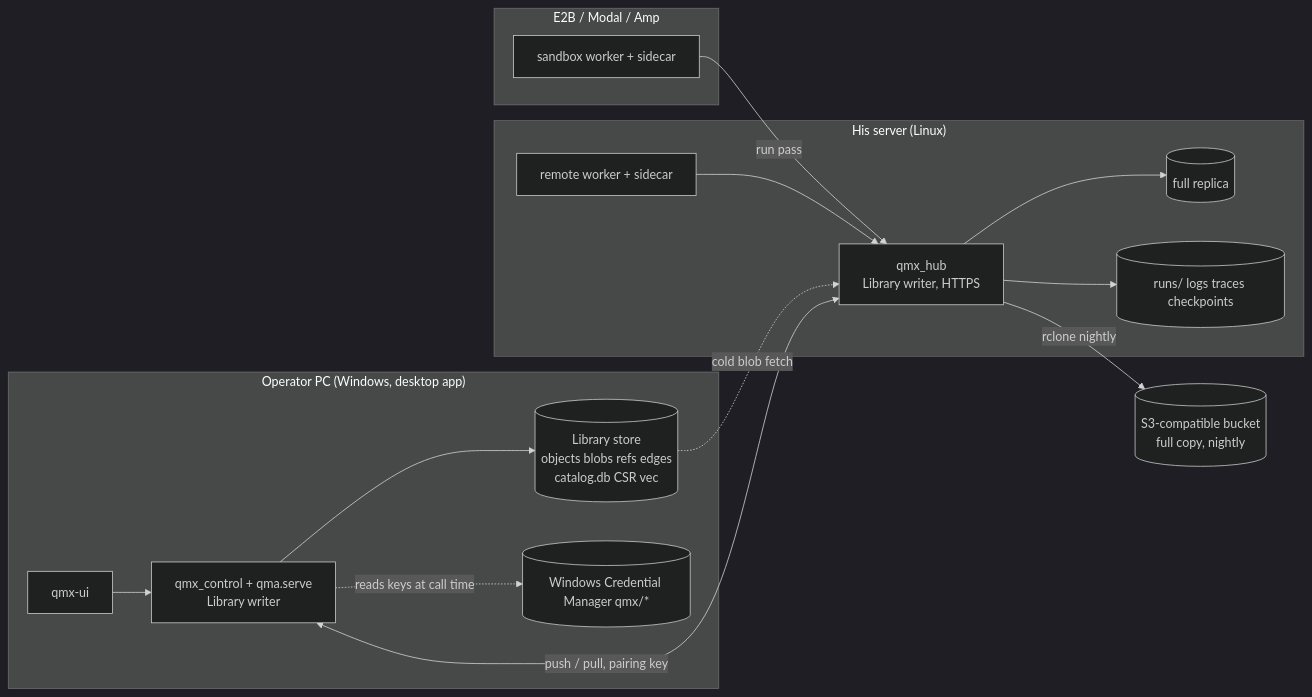
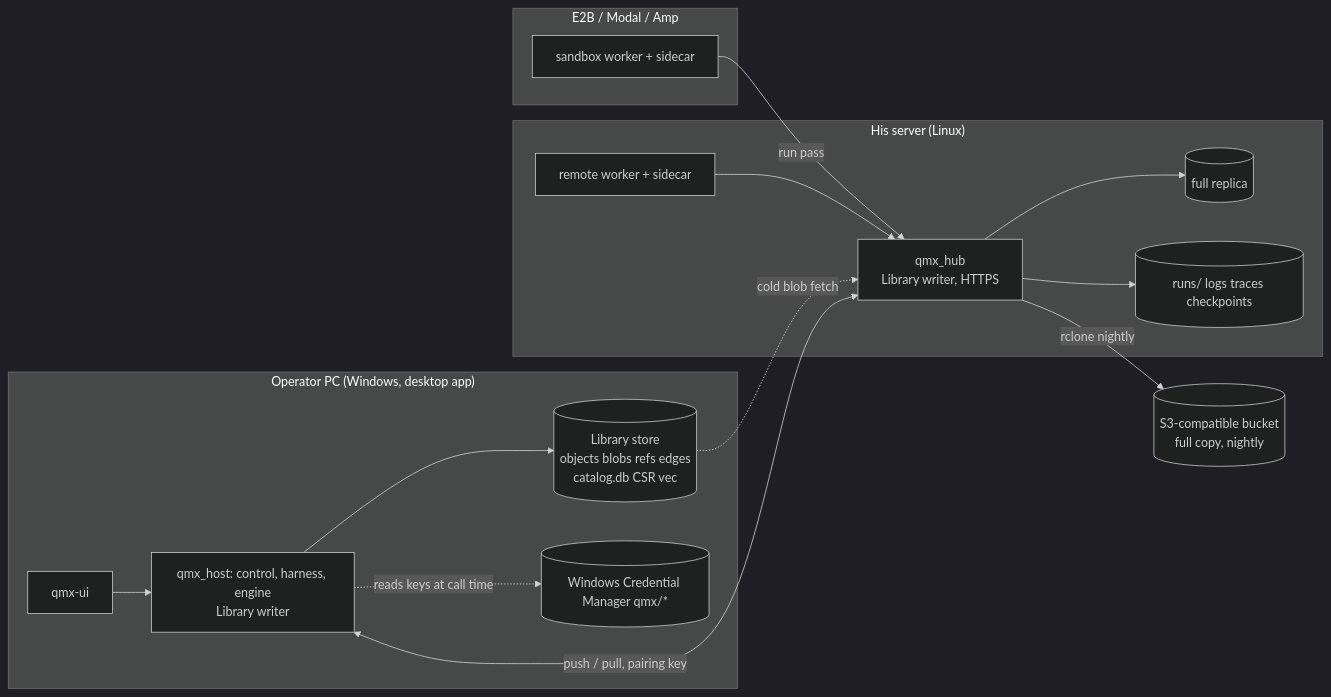
One commit to mubarakhimself-byte/QMX changed the second of 3 diagrams in tracker/qma-v2/architecture/library-and-data/ARCHITECTURE-SPINE.md. Above: the diagram before and after it, drawn with Mermaid (dark theme). The commit also changed other lines of this file and 15 other files, not shown here.

````diff
--- a/tracker/qma-v2/architecture/library-and-data/ARCHITECTURE-SPINE.md
+++ b/tracker/qma-v2/architecture/library-and-data/ARCHITECTURE-SPINE.md
@@ -238,29 +244,29 @@
 ```mermaid
 graph LR
   subgraph PC["Operator PC (Windows, desktop app)"]
     UI[qmx-ui]
-    CTRL[qmx_control + qma.serve<br/>Library writer]
+    CTRL[qmx_host: control, harness, engine<br/>Library writer]
     STORE1[(Library store<br/>objects blobs refs edges<br/>catalog.db CSR vec)]
     WCM[(Windows Credential Manager qmx/*)]
     CTRL --> STORE1
     UI --> CTRL
     CTRL -. reads keys at call time .-> WCM
   end
   subgraph SERVER["His server (Linux)"]
     HUB[qmx_hub<br/>Library writer, HTTPS]
     STORE2[(full replica)]
     RUNS[(runs/ logs traces checkpoints)]
     WORKER[remote worker + sidecar]
     HUB --> STORE2
     HUB --> RUNS
     WORKER --> HUB
   end
   subgraph CLOUD["E2B / Modal / Amp"]
     SB[sandbox worker + sidecar]
   end
   BUCKET[(S3-compatible bucket<br/>full copy, nightly)]
   CTRL <-->|push / pull, pairing key| HUB
   SB -->|run pass| HUB
   HUB -->|rclone nightly| BUCKET
   STORE1 -. cold blob fetch .-> HUB
 ```
````
